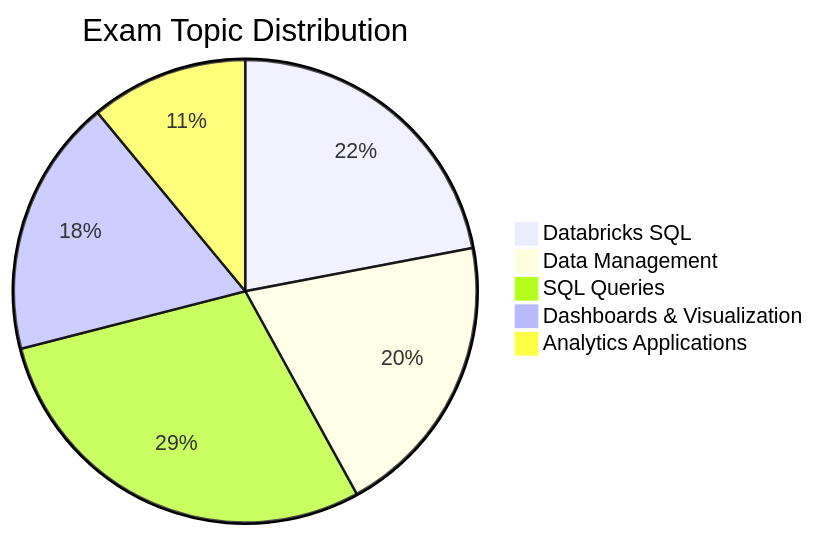
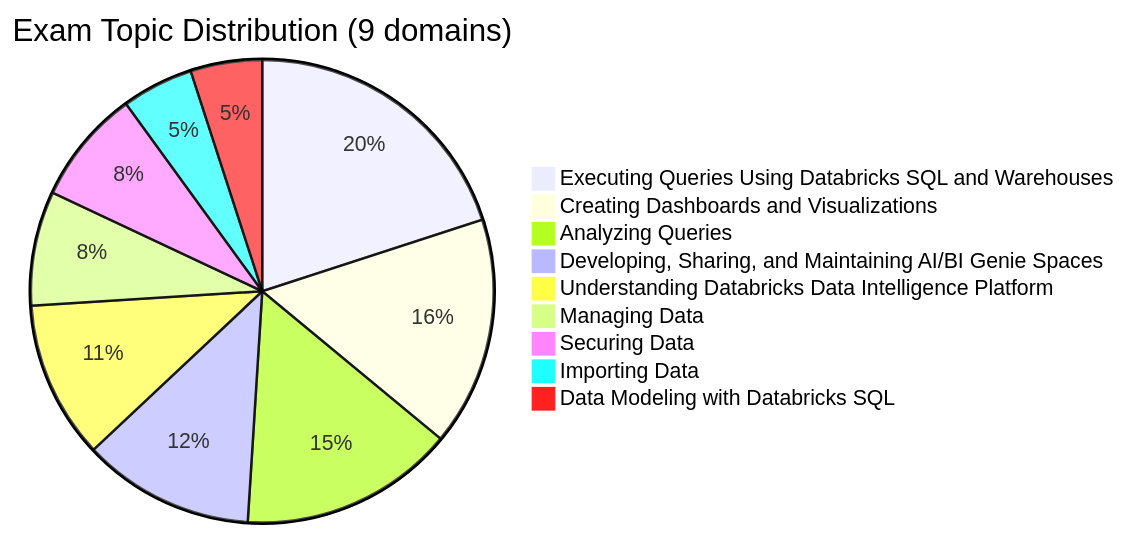
One commit to kengio/databricks-certification-study-guide changed the diagram in certifications/data-analyst-associate/README.md. Above: the diagram before and after it, drawn with Mermaid. The commit also changed other lines of this file and 18 other files, not shown here.

````diff
--- a/certifications/data-analyst-associate/README.md
+++ b/certifications/data-analyst-associate/README.md
@@ -29,8 +42,12 @@
 ```mermaid
-pie title Exam Topic Distribution
-    "Databricks SQL" : 22
-    "Data Management" : 20
-    "SQL Queries" : 29
-    "Dashboards & Visualization" : 18
-    "Analytics Applications" : 11
+pie title Exam Topic Distribution (9 domains)
+    "Executing Queries Using Databricks SQL and Warehouses" : 20
+    "Creating Dashboards and Visualizations" : 16
+    "Analyzing Queries" : 15
+    "Developing, Sharing, and Maintaining AI/BI Genie Spaces" : 12
+    "Understanding Databricks Data Intelligence Platform" : 11
+    "Managing Data" : 8
+    "Securing Data" : 8
+    "Importing Data" : 5
+    "Data Modeling with Databricks SQL" : 5
 ```
````
